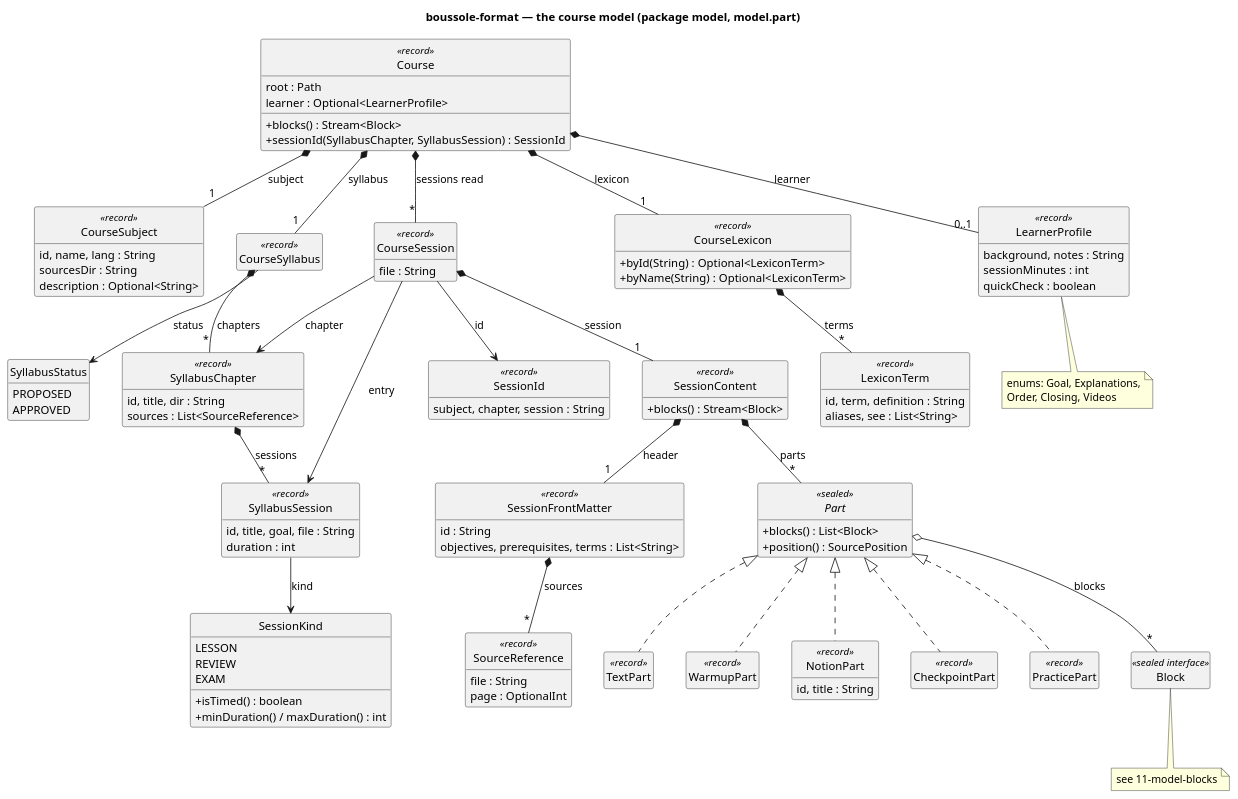
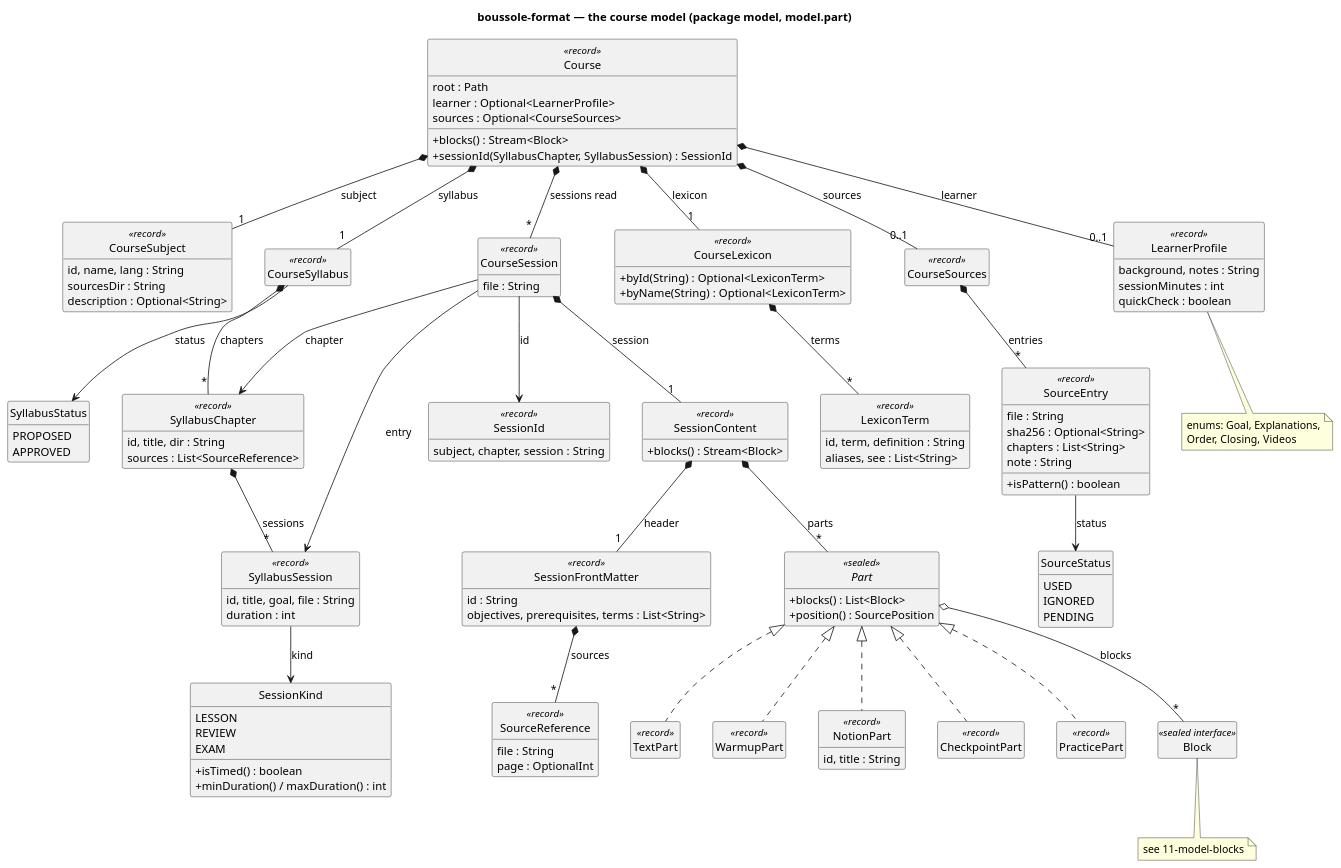
One commit to lucasssoh/Boussole changed the diagram in docs/diagrams/10-model-course.puml. Above: the diagram before and after it, drawn with PlantUML. The commit also changed 37 other files, not shown here.

First line of the commit message:
Format : cursus/sources.yaml records what the course did with each document, and the validator reports those that arrive, change or go

```diff
--- a/docs/diagrams/10-model-course.puml
+++ b/docs/diagrams/10-model-course.puml
@@ -1,114 +1,131 @@
 @startuml 10-model-course
 skinparam packageStyle rectangle
 skinparam classAttributeIconSize 0
 skinparam nodesep 40
 skinparam ranksep 50
 hide empty members
 hide circle
 title boussole-format — the course model (package model, model.part)
 
 class Course <<record>> {
   root : Path
   learner : Optional<LearnerProfile>
+  sources : Optional<CourseSources>
   +blocks() : Stream<Block>
   +sessionId(SyllabusChapter, SyllabusSession) : SessionId
 }
 class CourseSubject <<record>> {
   id, name, lang : String
   sourcesDir : String
   description : Optional<String>
 }
 class CourseSyllabus <<record>>
 enum SyllabusStatus {
   PROPOSED
   APPROVED
 }
 class SyllabusChapter <<record>> {
   id, title, dir : String
   sources : List<SourceReference>
 }
 class SyllabusSession <<record>> {
   id, title, goal, file : String
   duration : int
 }
 enum SessionKind {
   LESSON
   REVIEW
   EXAM
   +isTimed() : boolean
   +minDuration() / maxDuration() : int
 }
 class SessionId <<record>> {
   subject, chapter, session : String
 }
 class CourseLexicon <<record>> {
   +byId(String) : Optional<LexiconTerm>
   +byName(String) : Optional<LexiconTerm>
 }
 class LexiconTerm <<record>> {
   id, term, definition : String
   aliases, see : List<String>
+}
+class CourseSources <<record>>
+class SourceEntry <<record>> {
+  file : String
+  sha256 : Optional<String>
+  chapters : List<String>
+  note : String
+  +isPattern() : boolean
+}
+enum SourceStatus {
+  USED
+  IGNORED
+  PENDING
 }
 class LearnerProfile <<record>> {
   background, notes : String
   sessionMinutes : int
   quickCheck : boolean
 }
 note bottom of LearnerProfile
   enums: Goal, Explanations,
   Order, Closing, Videos
 end note
 class CourseSession <<record>> {
   file : String
 }
 class SessionContent <<record>> {
   +blocks() : Stream<Block>
 }
 class SessionFrontMatter <<record>> {
   id : String
   objectives, prerequisites, terms : List<String>
 }
 class SourceReference <<record>> {
   file : String
   page : OptionalInt
 }
 
 interface Part <<sealed>> {
   +blocks() : List<Block>
   +position() : SourcePosition
 }
 class TextPart <<record>>
 class WarmupPart <<record>>
 class NotionPart <<record>> {
   id, title : String
 }
 class CheckpointPart <<record>>
 class PracticePart <<record>>
 
 Course *-- "1" CourseSubject : subject
 Course *-- "1" CourseSyllabus : syllabus
 Course *-- "1" CourseLexicon : lexicon
 Course *-- "0..1" LearnerProfile : learner
+Course *-- "0..1" CourseSources : sources
+CourseSources *-- "*" SourceEntry : entries
+SourceEntry --> SourceStatus : status
 Course *-- "*" CourseSession : sessions read
 CourseSyllabus *-- "*" SyllabusChapter : chapters
 CourseSyllabus --> SyllabusStatus : status
 SyllabusChapter *-- "*" SyllabusSession : sessions
 SyllabusSession --> SessionKind : kind
 CourseLexicon *-- "*" LexiconTerm : terms
 CourseSession --> SessionId : id
 CourseSession --> SyllabusChapter : chapter
 CourseSession --> SyllabusSession : entry
 CourseSession *-- "1" SessionContent : session
 SessionContent *-- "1" SessionFrontMatter : header
 SessionContent *-- "*" Part : parts
 SessionFrontMatter *-- "*" SourceReference : sources
 Part <|.. TextPart
 Part <|.. WarmupPart
 Part <|.. NotionPart
 Part <|.. CheckpointPart
 Part <|.. PracticePart
 Part o-- "*" Block : blocks
 
 class Block <<sealed interface>>
 note bottom of Block : see 11-model-blocks
 @enduml
```
